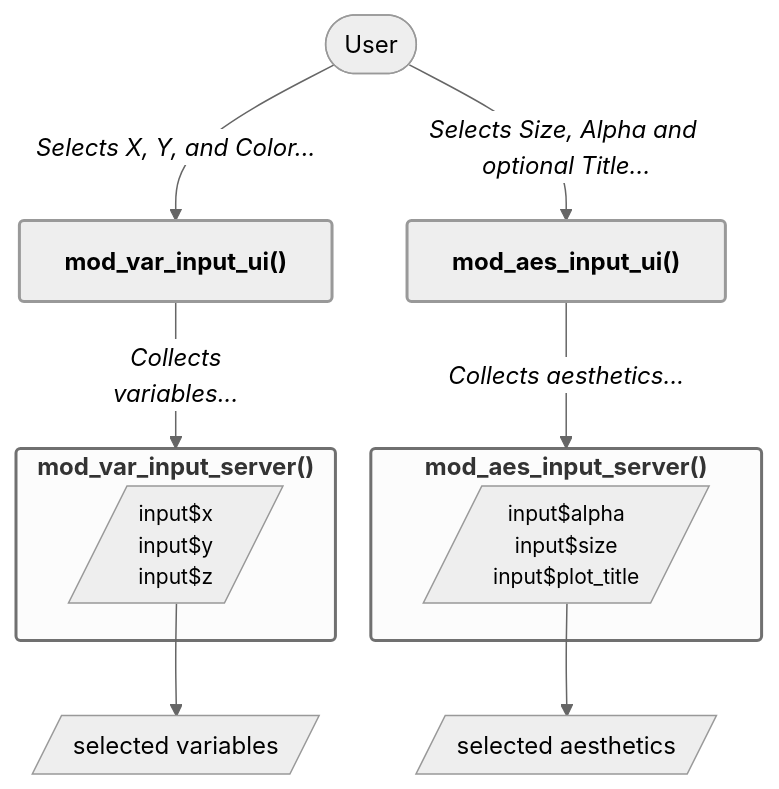
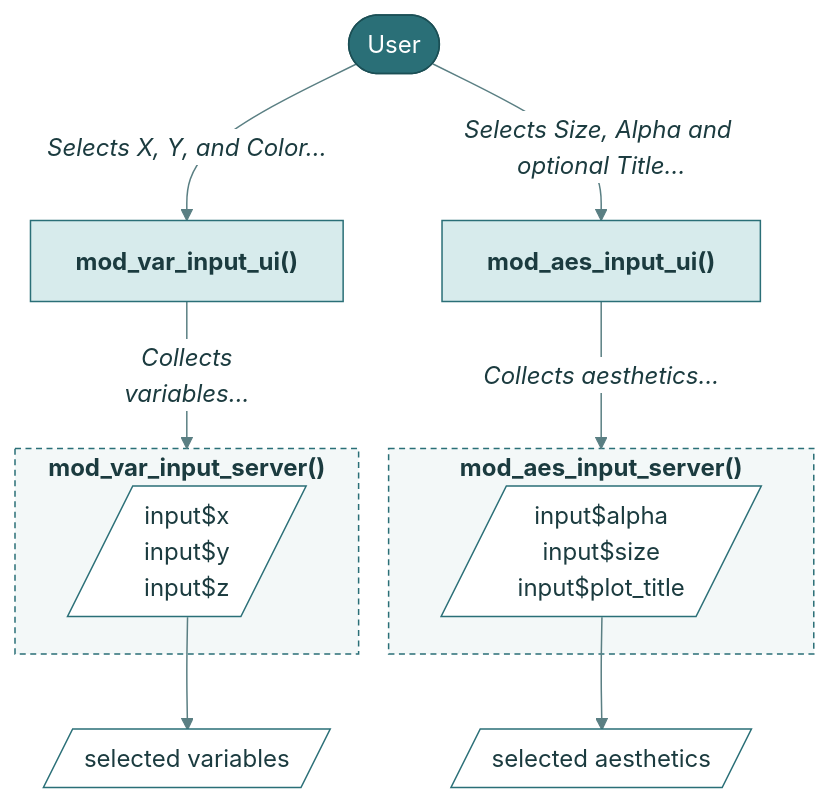
Before and after one commit to mjfrigaard/shiny-app-pkgs: the first of 2 diagrams in debug_apps.qmd, drawn with Mermaid. The commit also changed other lines of this file and 22 other files, not shown here.

First line of the commit message:
Standardize mermaid diagrams on the site teal palette

````diff
--- a/debug_apps.qmd
+++ b/debug_apps.qmd
@@ -159,33 +159,36 @@
 ```{mermaid}
 %%| fig-align: center
 %%| fig-cap: 'Variable Inputs modules'
-%%{init: {'theme': 'neutral', 'themeVariables': { 'fontFamily': 'monospace', "fontSize":"16px"}}}%%
+%%{init: {'theme': 'base', 'themeVariables': { 'fontFamily': 'monospace', "fontSize":"16px", "primaryColor":"#D7EBEC", "primaryTextColor":"#1B3B3F", "primaryBorderColor":"#2A6F77", "lineColor":"#5A7F83", "edgeLabelBackground":"#FFFFFF", "clusterBkg":"#F3F8F8", "clusterBorder":"#2A6F77", "darkMode":false}}}%%
 flowchart TD
     User(["User"])
     mod_var_input_ui["<strong>mod_var_input_ui()</strong>"]
     mod_aes_input_ui["<strong>mod_aes_input_ui()</strong>"]
     
     subgraph mod_var_input_server["<strong>mod_var_input_server()</strong>"]
         VarReactives[/"input$x<br>input$y<br>input$z"/]
     end
     subgraph mod_aes_input_server["<strong>mod_aes_input_server()</strong>"]
         AesReactives[/"input$alpha<br>input$size<br>input$plot_title"/]
     end
 
     selected_vars[/"selected variables"/]
     selected_aes[/"selected aesthetics"/]
     
     User --> |"<em>Selects X, Y, and Color...</em>"|mod_var_input_ui
     User --> |"<em>Selects Size, Alpha and optional Title...</em>"|mod_aes_input_ui
     mod_var_input_ui --> |"<em>Collects<br>variables...</em>"|mod_var_input_server
     mod_aes_input_ui --> |"<em>Collects aesthetics...</em>"|mod_aes_input_server
     VarReactives --> selected_vars
     AesReactives --> selected_aes
-    
-    style mod_var_input_ui stroke-width:2px,rx:3,ry:3
-    style mod_aes_input_ui stroke-width:2px,rx:3,ry:3
-    style mod_var_input_server stroke-width:2px,rx:3,ry:3
-    style mod_aes_input_server stroke-width:2px,rx:3,ry:3
-    style VarReactives font-size: 14px
-    style AesReactives font-size: 14px
+
+    classDef term fill:#2A6F77,color:#FFFFFF,stroke:#1B4F55,stroke-width:1px
+    classDef step fill:#D7EBEC,color:#1B3B3F,stroke:#2A6F77,stroke-width:1px
+    classDef decision fill:#F4C26B,color:#3D2A00,stroke:#B7832B,stroke-width:1px
+    classDef io fill:#FFFFFF,color:#1B3B3F,stroke:#2A6F77,stroke-width:1px
+    class User term
+    class mod_var_input_ui,mod_aes_input_ui step
+    class VarReactives,AesReactives,selected_vars,selected_aes io
+    style mod_var_input_server fill:#F3F8F8,color:#1B3B3F,stroke:#2A6F77,stroke-width:1px,stroke-dasharray:4 3
+    style mod_aes_input_server fill:#F3F8F8,color:#1B3B3F,stroke:#2A6F77,stroke-width:1px,stroke-dasharray:4 3
 ```
````
